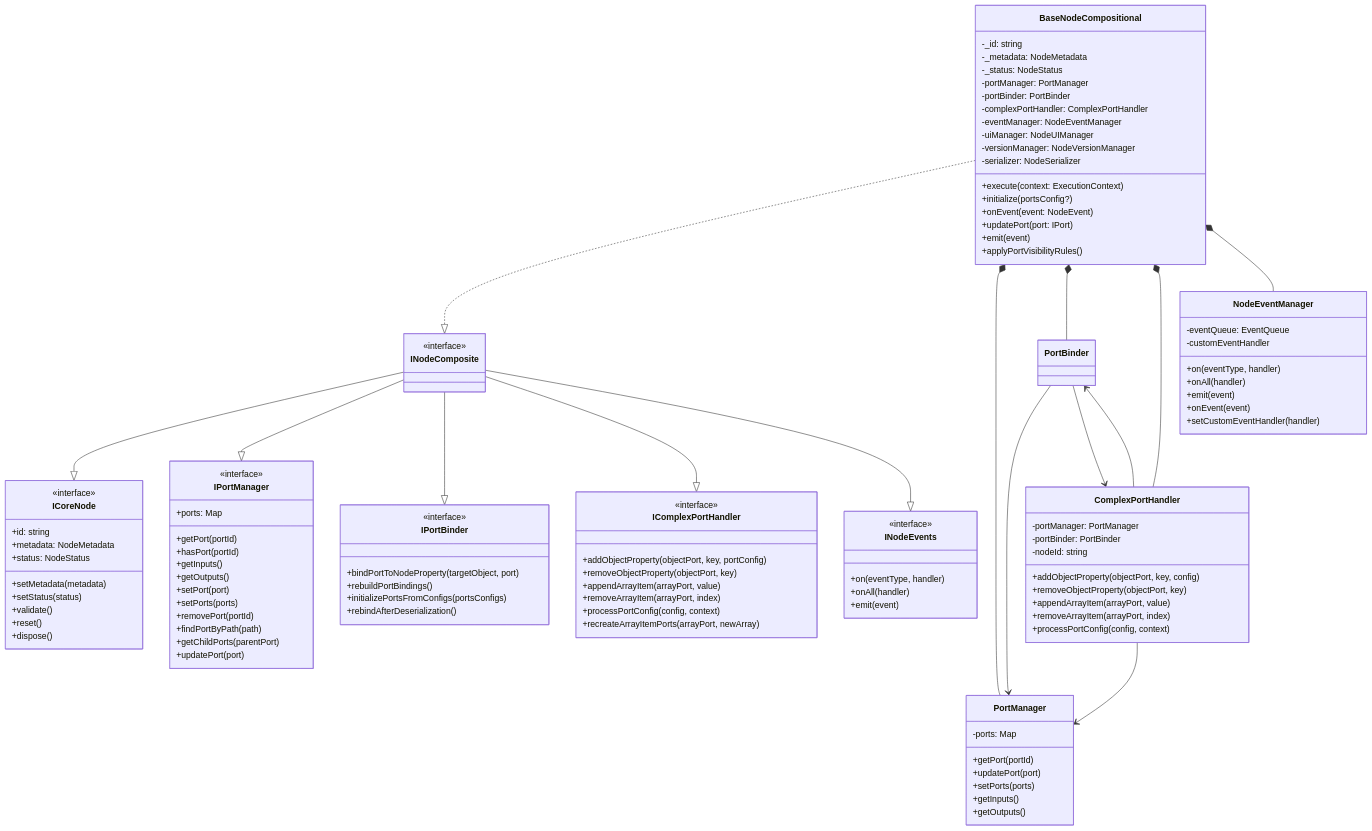
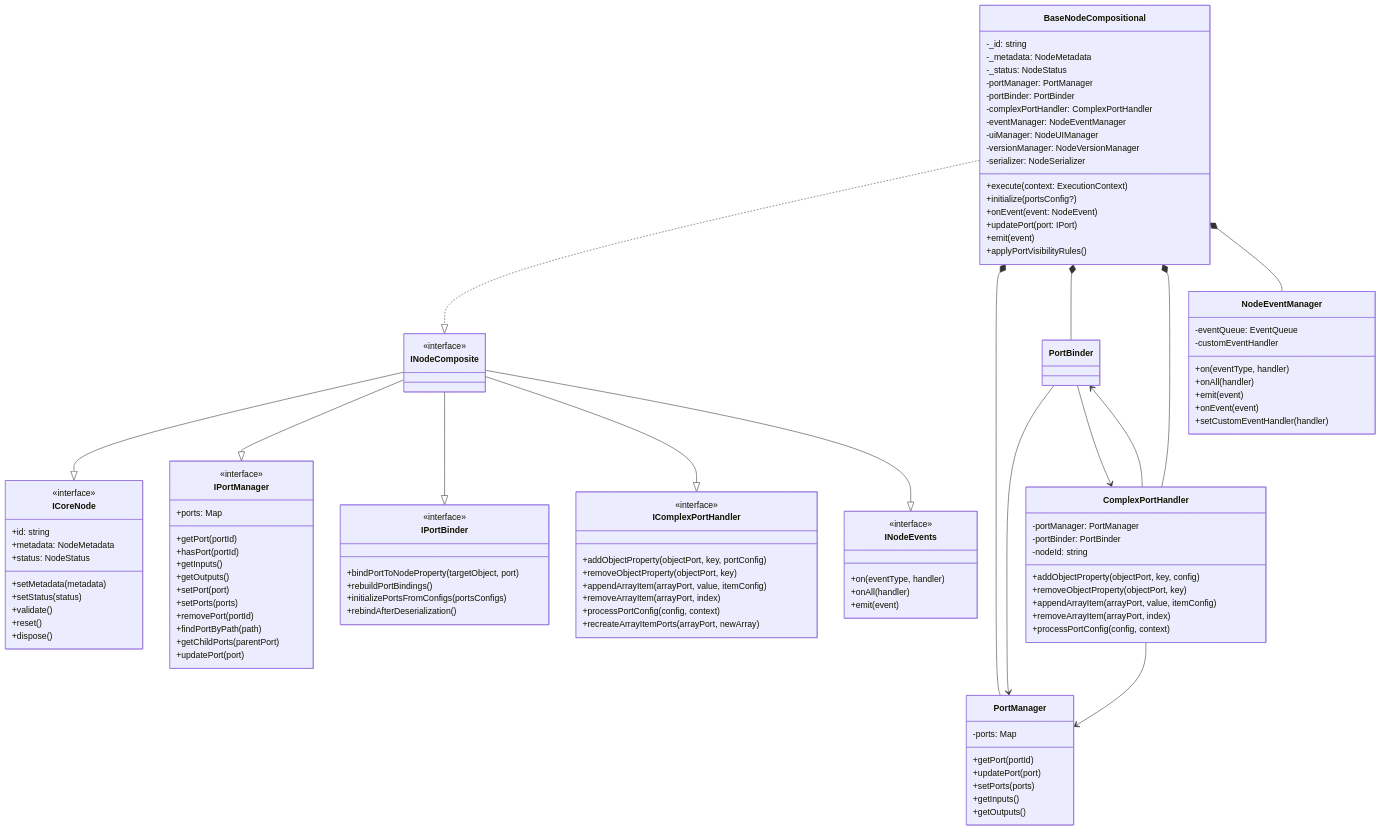
The first of 5 diagrams in packages/chaingraph-types/src/node/docs/node-architecture.md (chaingraphlabs/chaingraph), drawn with Mermaid before and after one commit. The commit also changed 20 other files, not shown here.

```diff
--- a/packages/chaingraph-types/src/node/docs/node-architecture.md
+++ b/packages/chaingraph-types/src/node/docs/node-architecture.md
@@ -68,7 +68,7 @@
         <<interface>>
         +addObjectProperty(objectPort, key, portConfig)
         +removeObjectProperty(objectPort, key)
-        +appendArrayItem(arrayPort, value)
+        +appendArrayItem(arrayPort, value, itemConfig)
         +removeArrayItem(arrayPort, index)
         +processPortConfig(config, context)
         +recreateArrayItemPorts(arrayPort, newArray)
@@ -107,7 +107,7 @@
         -nodeId: string
         +addObjectProperty(objectPort, key, config)
         +removeObjectProperty(objectPort, key)
-        +appendArrayItem(arrayPort, value)
+        +appendArrayItem(arrayPort, value, itemConfig)
         +removeArrayItem(arrayPort, index)
         +processPortConfig(config, context)
     }
```
